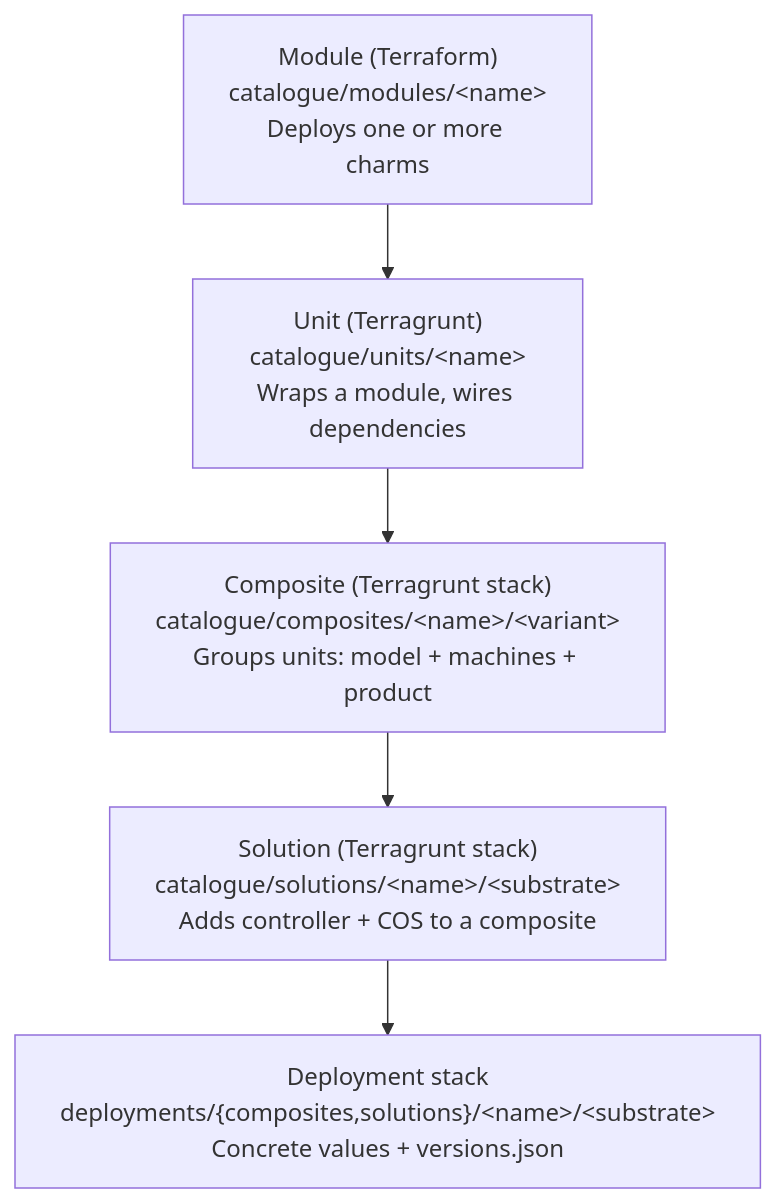
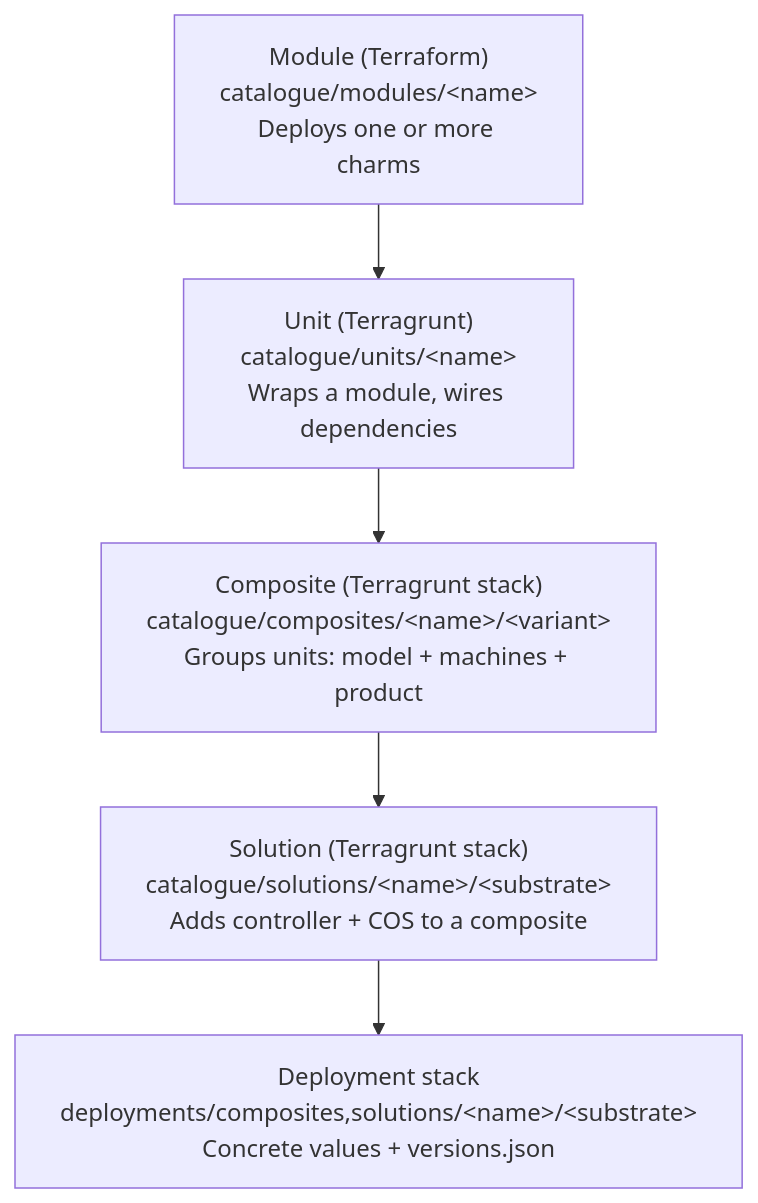
One commit to benschwaller/hpc-specs changed the first of 2 diagrams in specs/UHPC 014 - Charmed HPC integration with the Solutions QA declarative pipeline/uhpc014.md. Above: the diagram before and after it, drawn with Mermaid. The commit also changed other lines of this file and 1 other file, not shown here.

````diff
--- a/specs/UHPC 014 - Charmed HPC integration with the Solutions QA declarative pipeline/uhpc014.md
+++ b/specs/UHPC 014 - Charmed HPC integration with the Solutions QA declarative pipeline/uhpc014.md
@@ -63,10 +61,10 @@
 ```mermaid
 flowchart TD
-    M["Module (Terraform)\ncatalogue/modules/&lt;name&gt;\nDeploys one or more charms"]
-    U["Unit (Terragrunt)\ncatalogue/units/&lt;name&gt;\nWraps a module, wires dependencies"]
-    C["Composite (Terragrunt stack)\ncatalogue/composites/&lt;name&gt;/&lt;variant&gt;\nGroups units: model + machines + product"]
-    S["Solution (Terragrunt stack)\ncatalogue/solutions/&lt;name&gt;/&lt;substrate&gt;\nAdds controller + COS to a composite"]
-    D["Deployment stack\ndeployments/{composites,solutions}/&lt;name&gt;/&lt;substrate&gt;\nConcrete values + versions.json"]
+    M["Module (Terraform)<br/>catalogue/modules/&lt;name&gt;<br/>Deploys one or more charms"]
+    U["Unit (Terragrunt)<br/>catalogue/units/&lt;name&gt;<br/>Wraps a module, wires dependencies"]
+    C["Composite (Terragrunt stack)<br/>catalogue/composites/&lt;name&gt;/&lt;variant&gt;<br/>Groups units: model + machines + product"]
+    S["Solution (Terragrunt stack)<br/>catalogue/solutions/&lt;name&gt;/&lt;substrate&gt;<br/>Adds controller + COS to a composite"]
+    D["Deployment stack<br/>deployments/composites,solutions/&lt;name&gt;/&lt;substrate&gt;<br/>Concrete values + versions.json"]
 
     M --> U --> C --> S --> D
 ```
````
